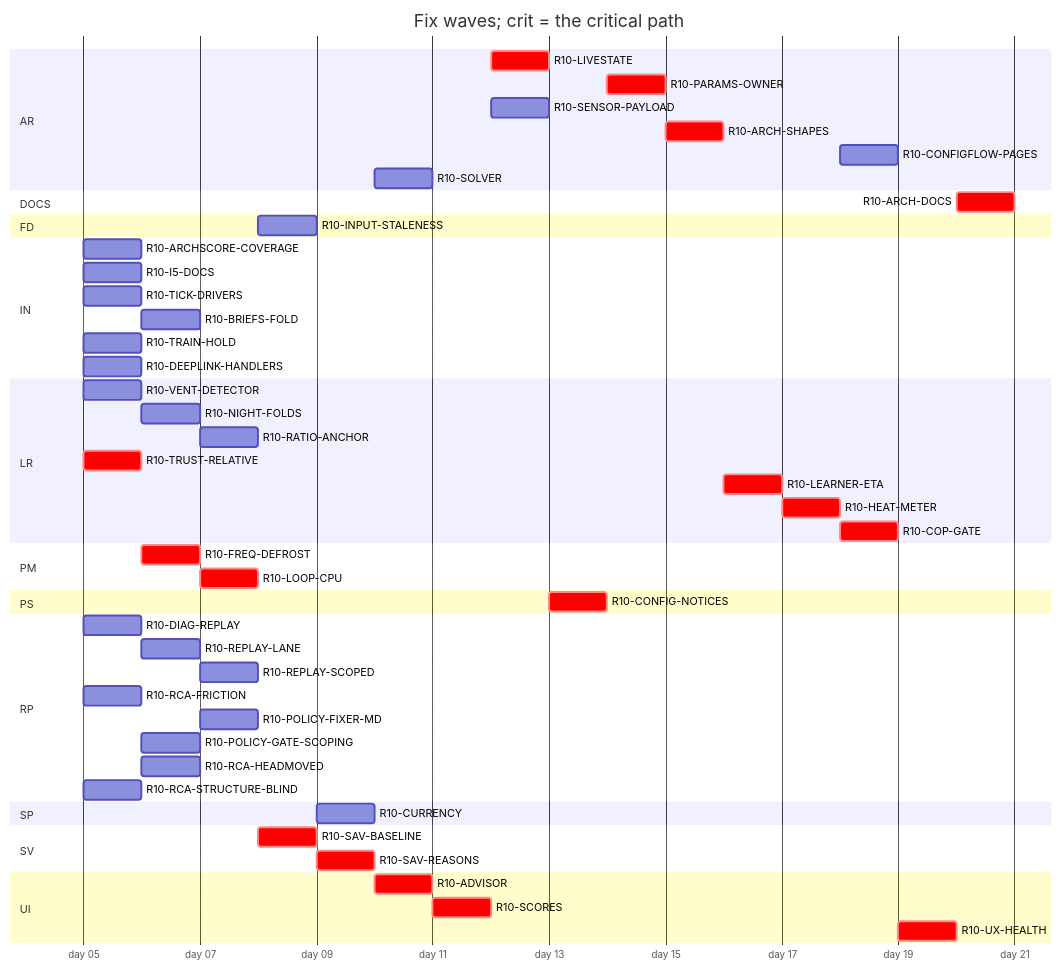
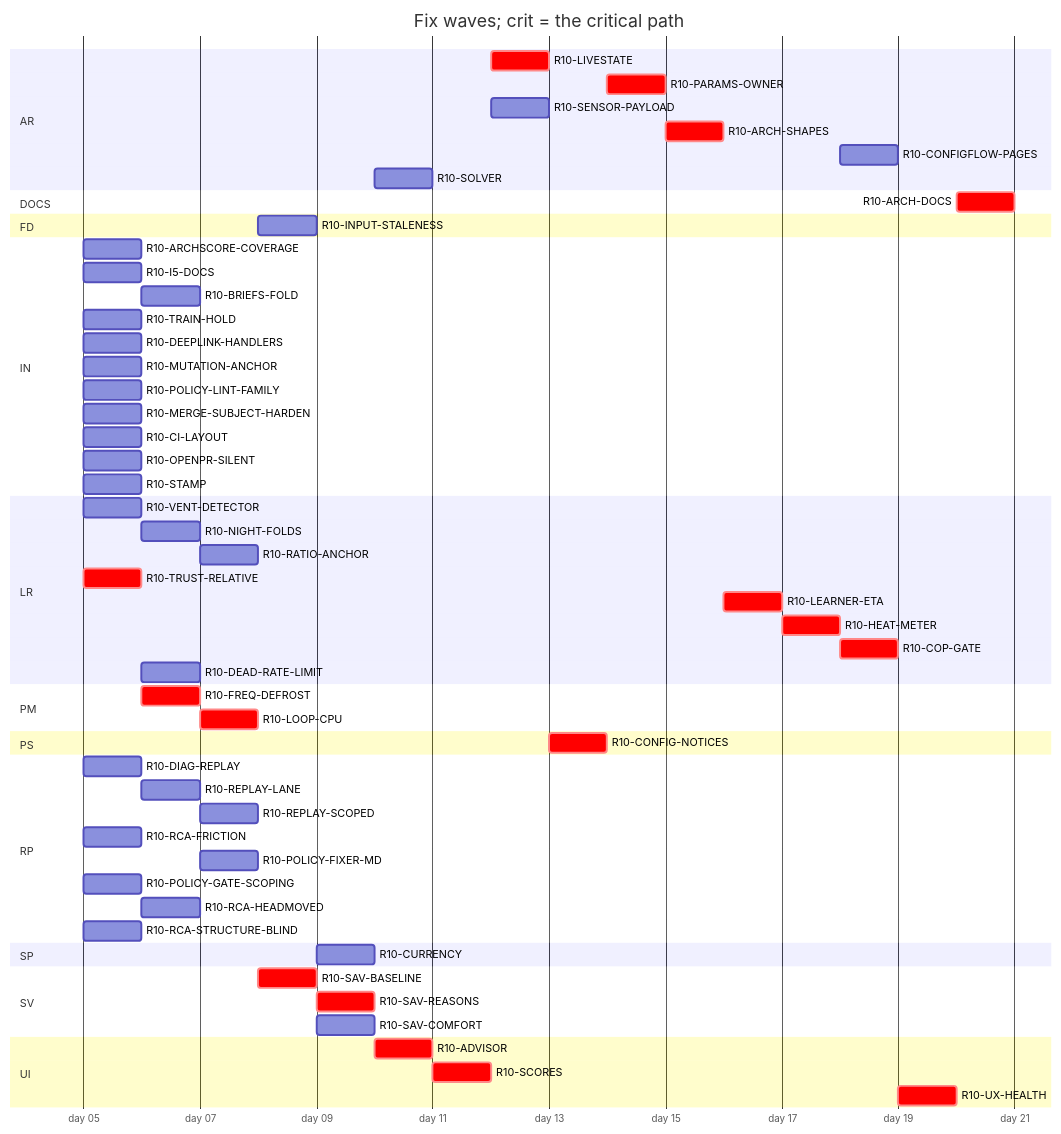
Before and after one commit to tvofi/heatpump_optimizer: the diagram in handoff/round10/state/PLAN-TABLE.md, drawn with Mermaid. The commit also changed other lines of this file and 2 other files, not shown here.

````diff
--- a/handoff/round10/state/PLAN-TABLE.md
+++ b/handoff/round10/state/PLAN-TABLE.md
@@ -24,55 +24,62 @@
 ```mermaid
 gantt
   title Fix waves; crit = the critical path
   dateFormat YYYY-MM-DD
   axisFormat day %d
   section AR
     R10-LIVESTATE :crit, r10LIVESTATE, after r10SCORES, 1d
     R10-PARAMS-OWNER :crit, r10PARAMSOWNER, after r10CONFIGNOTICES r10ARCHSCORECOVERAGE, 1d
     R10-SENSOR-PAYLOAD :r10SENSORPAYLOAD, after r10SCORES, 1d
     R10-ARCH-SHAPES :crit, r10ARCHSHAPES, after r10PARAMSOWNER r10SENSORPAYLOAD r10FREQDEFROST, 1d
     R10-CONFIGFLOW-PAGES :r10CONFIGFLOWPAGES, after r10HEATMETER, 1d
     R10-SOLVER :r10SOLVER, after r10SAVREASONS, 1d
   section DOCS
-    R10-ARCH-DOCS :crit, r10ARCHDOCS, after r10VENTDETECTOR r10NIGHTFOLDS r10RATIOANCHOR r10INPUTSTALENESS r10CURRENCY r10TRUSTRELATIVE r10FREQDEFROST r10LOOPCPU r10SAVBASELINE r10SAVREASONS r10ADVISOR r10SCORES r10LIVESTATE r10CONFIGNOTICES r10ARCHSCORECOVERAGE r10PARAMSOWNER r10SENSORPAYLOAD r10ARCHSHAPES r10LEARNERETA r10HEATMETER r10COPGATE r10UXHEALTH r10CONFIGFLOWPAGES r10SOLVER r10I5DOCS r10TICKDRIVERS r10BRIEFSFOLD r10DIAGREPLAY r10REPLAYLANE r10REPLAYSCOPED r10TRAINHOLD r10DEEPLINKHANDLERS, 1d
+    R10-ARCH-DOCS :crit, r10ARCHDOCS, after r10VENTDETECTOR r10NIGHTFOLDS r10RATIOANCHOR r10INPUTSTALENESS r10CURRENCY r10TRUSTRELATIVE r10FREQDEFROST r10LOOPCPU r10SAVBASELINE r10SAVREASONS r10ADVISOR r10SCORES r10LIVESTATE r10CONFIGNOTICES r10ARCHSCORECOVERAGE r10PARAMSOWNER r10SENSORPAYLOAD r10ARCHSHAPES r10LEARNERETA r10HEATMETER r10COPGATE r10UXHEALTH r10CONFIGFLOWPAGES r10SOLVER r10I5DOCS r10BRIEFSFOLD r10DIAGREPLAY r10REPLAYLANE r10REPLAYSCOPED r10TRAINHOLD r10DEEPLINKHANDLERS, 1d
   section FD
     R10-INPUT-STALENESS :r10INPUTSTALENESS, after r10RATIOANCHOR, 1d
   section IN
     R10-ARCHSCORE-COVERAGE :r10ARCHSCORECOVERAGE, 2026-01-05, 1d
     R10-I5-DOCS :r10I5DOCS, 2026-01-05, 1d
-    R10-TICK-DRIVERS :r10TICKDRIVERS, 2026-01-05, 1d
     R10-BRIEFS-FOLD :r10BRIEFSFOLD, after r10ARCHSCORECOVERAGE, 1d
     R10-TRAIN-HOLD :r10TRAINHOLD, 2026-01-05, 1d
     R10-DEEPLINK-HANDLERS :r10DEEPLINKHANDLERS, 2026-01-05, 1d
+    R10-MUTATION-ANCHOR :r10MUTATIONANCHOR, 2026-01-05, 1d
+    R10-POLICY-LINT-FAMILY :r10POLICYLINTFAMILY, 2026-01-05, 1d
+    R10-MERGE-SUBJECT-HARDEN :r10MERGESUBJECTHARDEN, 2026-01-05, 1d
+    R10-CI-LAYOUT :r10CILAYOUT, 2026-01-05, 1d
+    R10-OPENPR-SILENT :r10OPENPRSILENT, 2026-01-05, 1d
+    R10-STAMP :r10STAMP, 2026-01-05, 1d
   section LR
     R10-VENT-DETECTOR :r10VENTDETECTOR, 2026-01-05, 1d
     R10-NIGHT-FOLDS :r10NIGHTFOLDS, after r10VENTDETECTOR, 1d
     R10-RATIO-ANCHOR :r10RATIOANCHOR, after r10NIGHTFOLDS, 1d
     R10-TRUST-RELATIVE :crit, r10TRUSTRELATIVE, 2026-01-05, 1d
     R10-LEARNER-ETA :crit, r10LEARNERETA, after r10ARCHSHAPES, 1d
     R10-HEAT-METER :crit, r10HEATMETER, after r10LEARNERETA r10INPUTSTALENESS r10RATIOANCHOR, 1d
     R10-COP-GATE :crit, r10COPGATE, after r10HEATMETER r10SENSORPAYLOAD, 1d
+    R10-DEAD-RATE-LIMIT :r10DEADRATELIMIT, after r10TRUSTRELATIVE, 1d
   section PM
     R10-FREQ-DEFROST :crit, r10FREQDEFROST, after r10TRUSTRELATIVE, 1d
     R10-LOOP-CPU :crit, r10LOOPCPU, after r10FREQDEFROST, 1d
   section PS
     R10-CONFIG-NOTICES :crit, r10CONFIGNOTICES, after r10LIVESTATE, 1d
   section RP
     R10-DIAG-REPLAY :r10DIAGREPLAY, 2026-01-05, 1d
     R10-REPLAY-LANE :r10REPLAYLANE, after r10DIAGREPLAY, 1d
     R10-REPLAY-SCOPED :r10REPLAYSCOPED, after r10REPLAYLANE r10TRAINHOLD, 1d
     R10-RCA-FRICTION :r10RCAFRICTION, 2026-01-05, 1d
     R10-POLICY-FIXER-MD :r10POLICYFIXERMD, after r10RCAFRICTION r10BRIEFSFOLD, 1d
-    R10-POLICY-GATE-SCOPING :r10POLICYGATESCOPING, after r10TICKDRIVERS, 1d
+    R10-POLICY-GATE-SCOPING :r10POLICYGATESCOPING, 2026-01-05, 1d
     R10-RCA-HEADMOVED :r10RCAHEADMOVED, after r10RCAFRICTION, 1d
     R10-RCA-STRUCTURE-BLIND :r10RCASTRUCTUREBLIND, 2026-01-05, 1d
   section SP
     R10-CURRENCY :r10CURRENCY, after r10INPUTSTALENESS, 1d
   section SV
     R10-SAV-BASELINE :crit, r10SAVBASELINE, after r10LOOPCPU, 1d
     R10-SAV-REASONS :crit, r10SAVREASONS, after r10SAVBASELINE, 1d
+    R10-SAV-COMFORT :r10SAVCOMFORT, after r10SAVBASELINE, 1d
   section UI
     R10-ADVISOR :crit, r10ADVISOR, after r10SAVREASONS, 1d
     R10-SCORES :crit, r10SCORES, after r10ADVISOR, 1d
     R10-UX-HEALTH :crit, r10UXHEALTH, after r10SCORES r10COPGATE r10HEATMETER, 1d
 ```
````
